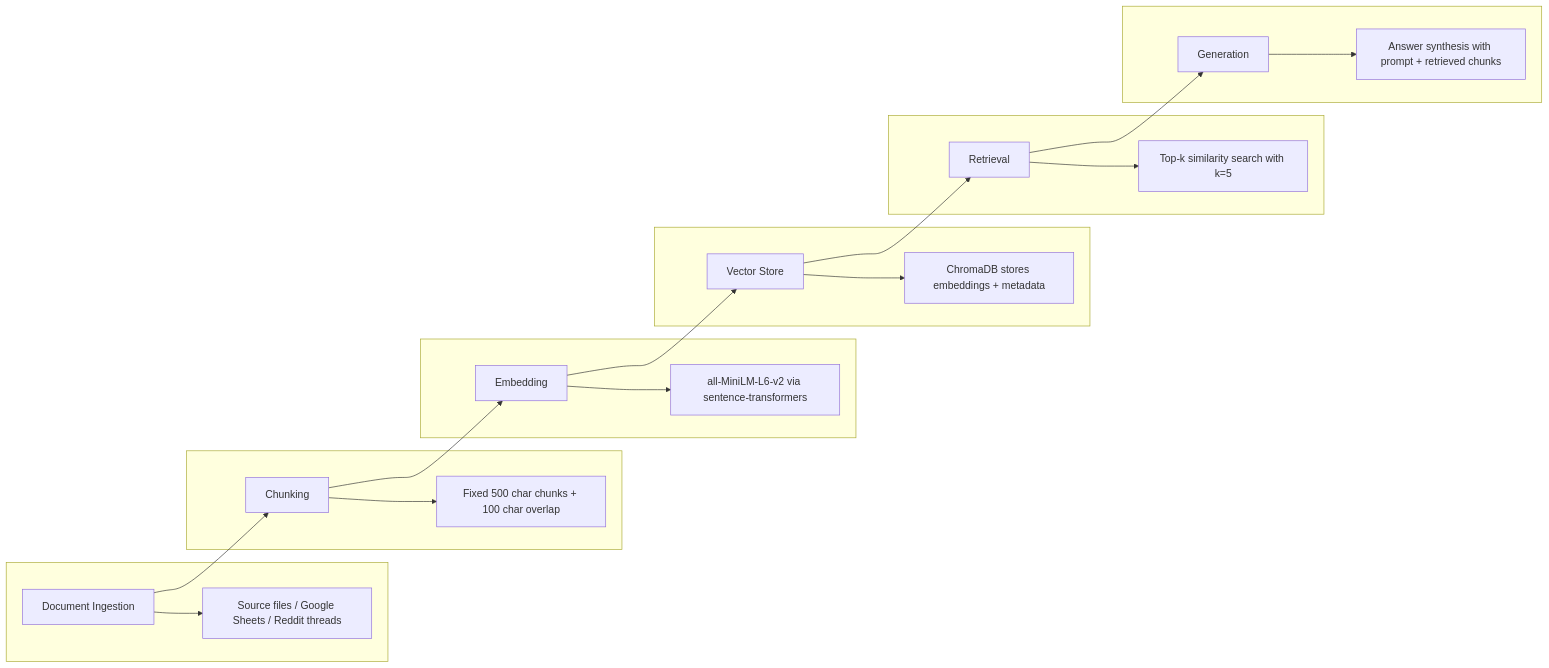
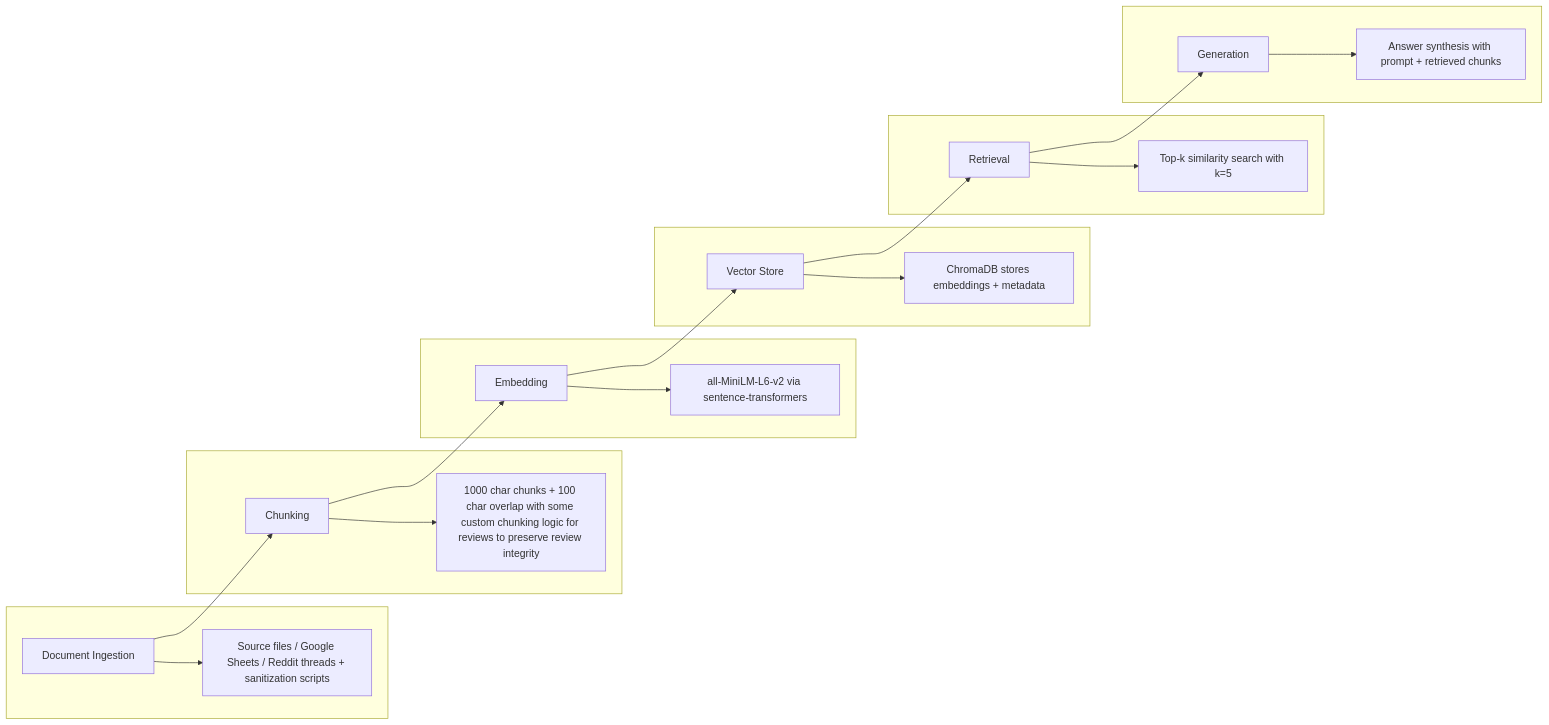
Before and after one commit to xiaolongbytes/ai201-project1-unofficial-guide-starter: the diagram in planning.md, drawn with Mermaid. The commit also changed other lines of this file and 21 other files, not shown here.

````diff
--- a/planning.md
+++ b/planning.md
@@ -129,45 +130,45 @@
 ```mermaid
 flowchart LR
     A[Document Ingestion]
     B[Chunking]
     C[Embedding]
     D[Vector Store]
     E[Retrieval]
     F[Generation]
 
     A --> B
     B --> C
     C --> D
     D --> E
     E --> F
 
     subgraph IngestionDetails[ ]
-      A1[Source files / Google Sheets / Reddit threads]
+      A1[Source files / Google Sheets / Reddit threads + sanitization scripts]
       A --> A1
     end
 
     subgraph ChunkingDetails[ ]
-      B1[Fixed 500 char chunks + 100 char overlap]
+      B1[1000 char chunks + 100 char overlap with some custom chunking logic for reviews to preserve review integrity]
       B --> B1
     end
 
     subgraph EmbeddingDetails[ ]
       C1[all-MiniLM-L6-v2 via sentence-transformers]
       C --> C1
     end
 
     subgraph VectorStoreDetails[ ]
       D1[ChromaDB stores embeddings + metadata]
       D --> D1
     end
 
     subgraph RetrievalDetails[ ]
       E1[Top-k similarity search with k=5]
       E --> E1
     end
 
     subgraph GenerationDetails[ ]
       F1[Answer synthesis with prompt + retrieved chunks]
       F --> F1
     end
 ```
````
